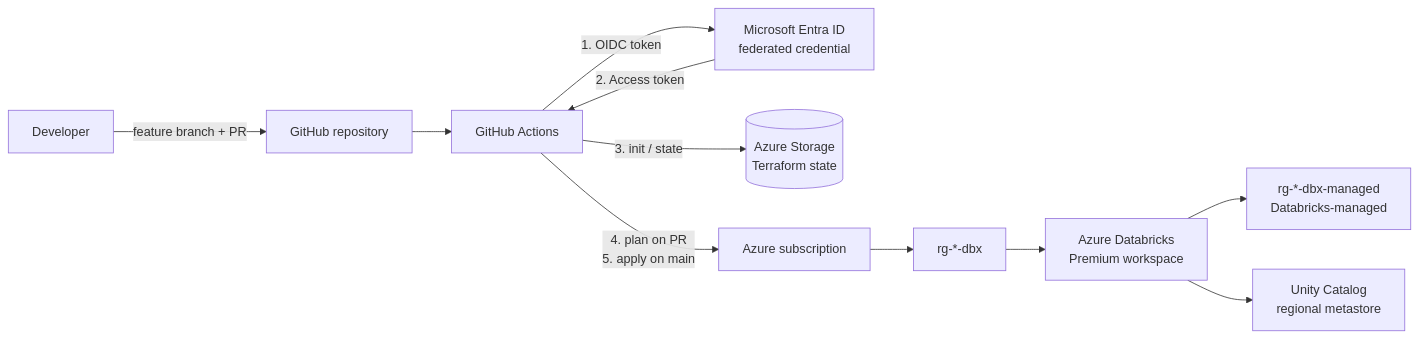
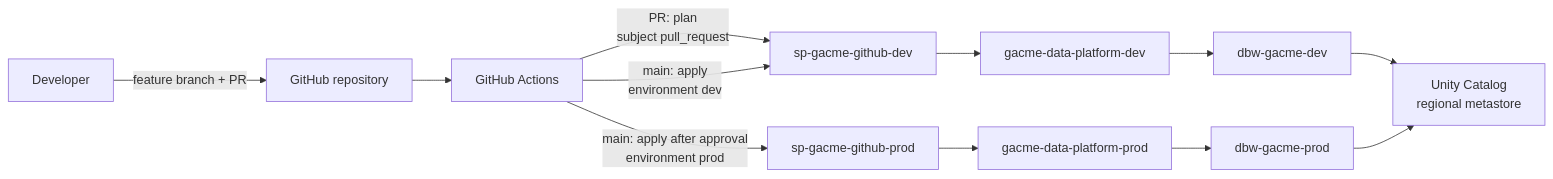
One commit to gposadas1/gacme-lakehouse-platform changed the diagram in README.md. Above: the diagram before and after it, drawn with Mermaid. The commit also changed other lines of this file and 23 other files, not shown here.

First line of the commit message:
Refactor infra into modules and per-environment roots with gacme naming (#3)

````diff
--- a/README.md
+++ b/README.md
@@ -23,13 +32,14 @@
 ```mermaid
 flowchart LR
     dev[Developer] -->|feature branch + PR| gh[GitHub repository]
     gh --> gha[GitHub Actions]
-    gha -->|1. OIDC token| entra[Microsoft Entra ID<br/>federated credential]
-    entra -->|2. Access token| gha
-    gha -->|3. init / state| state[(Azure Storage<br/>Terraform state)]
-    gha -->|4. plan on PR<br/>5. apply on main| sub[Azure subscription]
-    sub --> rg[rg-*-dbx]
-    rg --> ws[Azure Databricks<br/>Premium workspace]
-    ws --> mrg[rg-*-dbx-managed<br/>Databricks-managed]
-    ws --> uc[Unity Catalog<br/>regional metastore]
+    gha -->|PR: plan<br/>subject pull_request| spdev[sp-gacme-github-dev]
+    gha -->|main: apply<br/>environment dev| spdev
+    gha -->|main: apply after approval<br/>environment prod| spprod[sp-gacme-github-prod]
+    spdev --> subdev[gacme-data-platform-dev]
+    spprod --> subprod[gacme-data-platform-prod]
+    subdev --> wsdev[dbw-gacme-dev]
+    subprod --> wsprod[dbw-gacme-prod]
+    wsdev --> uc[Unity Catalog<br/>regional metastore]
+    wsprod --> uc
 ```
````
